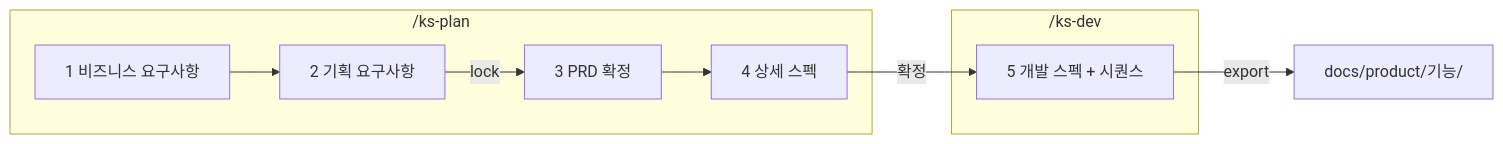
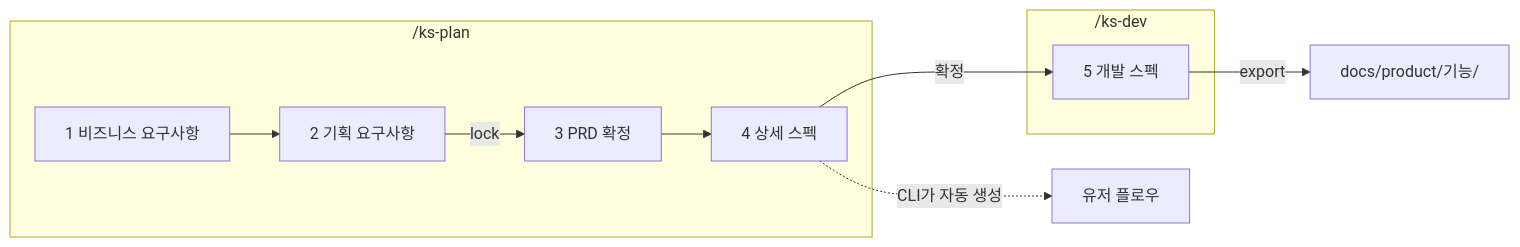
Before and after one commit to zpla15/harness-kit: the diagram in README.md, drawn with Mermaid. The commit also changed other lines of this file and 26 other files, not shown here.

First line of the commit message:
feat: 원본 v4.0.0 변경을 반영 (유스케이스 흐름, 유저 플로우)

````diff
--- a/README.md
+++ b/README.md
@@ -93,11 +92,12 @@
 ```mermaid
 flowchart LR
     subgraph plan ["/ks-plan"]
       B[1 비즈니스 요구사항] --> P[2 기획 요구사항] -->|lock| R[3 PRD 확정] --> S[4 상세 스펙]
     end
+    S -.->|CLI가 자동 생성| F[유저 플로우]
     subgraph dev ["/ks-dev"]
-      D[5 개발 스펙 + 시퀀스]
+      D[5 개발 스펙]
     end
     S -->|확정| D
     D -->|export| X[docs/product/기능/]
 ```
````
